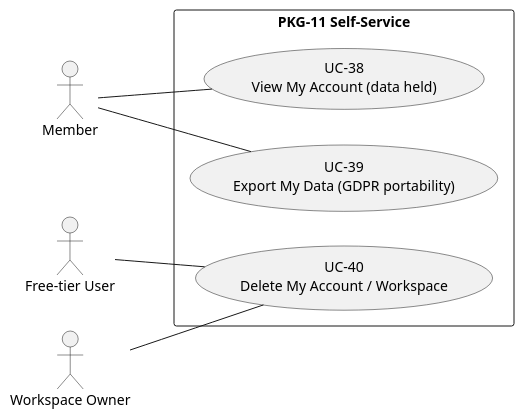
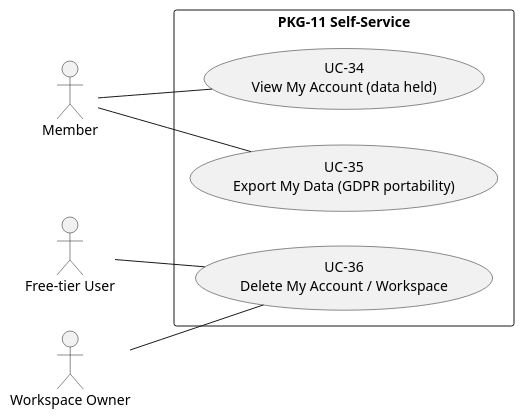
One commit to pauloribeiro16/Methodology_compact changed the sixth of 11 diagrams in 02_CASES/Case_01_TinyTask_SaaS/03_PHASE3_DECOMPOSITION_RICH/annexes/A_Use_Case_Diagrams.md. Above: the diagram before and after it, drawn with PlantUML. The commit also changed other lines of this file and 23 other files, not shown here.

Commit message:
[EXECUTOR] F3 ledger-zero C1: 4 borderline re-laned (UC-07/11/12/16 → PROC-18..21, P7) + compact renumber (36 UCs: compliance 01..13, product 14..36); Doc20 v3.4 + Doc32 v1.3 (4 SSDF cards + articulation) + annexes/SVGs; gates green (verify_rich exit 0, mermaid 196/196, smoke 16/16)

````diff
--- a/02_CASES/Case_01_TinyTask_SaaS/03_PHASE3_DECOMPOSITION_RICH/annexes/A_Use_Case_Diagrams.md
+++ b/02_CASES/Case_01_TinyTask_SaaS/03_PHASE3_DECOMPOSITION_RICH/annexes/A_Use_Case_Diagrams.md
@@ -232,17 +232,17 @@
 ```plantuml
 @startuml
 left to right direction
 actor "Member" as MEM
 actor "Free-tier User" as FU
 actor "Workspace Owner" as OWN
 rectangle "PKG-11 Self-Service" {
-usecase "UC-38\nView My Account (data held)" as UC1111
-usecase "UC-39\nExport My Data (GDPR portability)" as UC1121
-usecase "UC-40\nDelete My Account / Workspace" as UC1131
+usecase "UC-34\nView My Account (data held)" as UC1111
+usecase "UC-35\nExport My Data (GDPR portability)" as UC1121
+usecase "UC-36\nDelete My Account / Workspace" as UC1131
 }
 MEM -- UC1111
 MEM -- UC1121
 FU -- UC1131
 OWN -- UC1131
 @enduml
 ```
````
